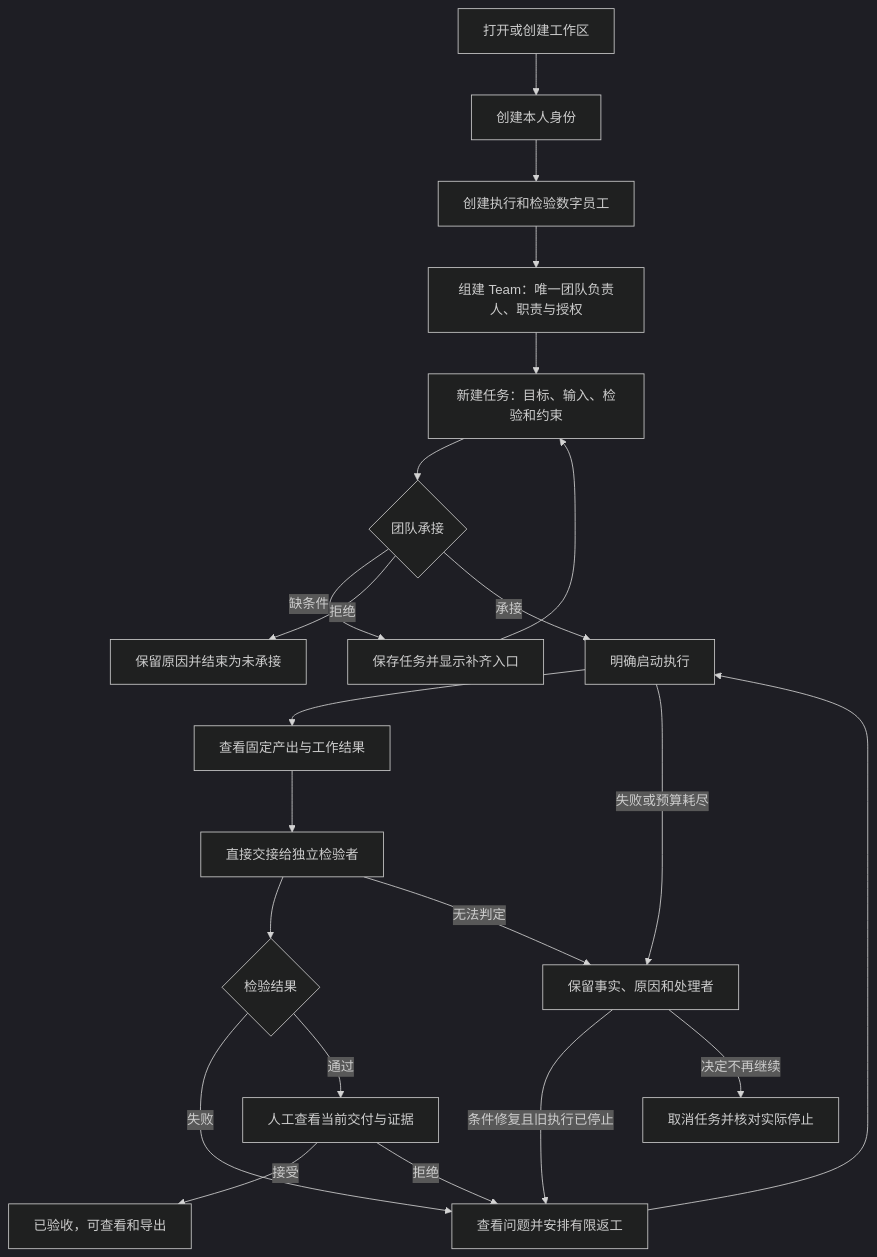
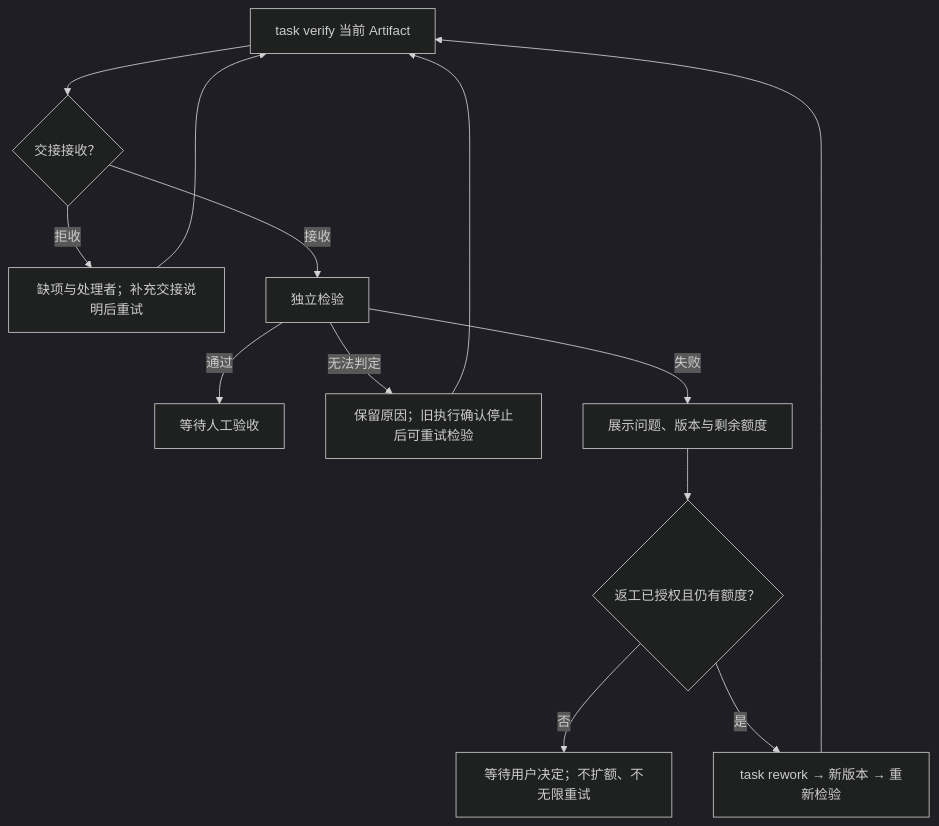
Before and after one commit to xforce-io/atelier: the sixth of 9 diagrams in docs/design/1-first-team-delivery/product.md, drawn with Mermaid (dark theme). The commit also changed other lines of this file and 15 other files, not shown here.

````diff
--- a/docs/design/1-first-team-delivery/product.md
+++ b/docs/design/1-first-team-delivery/product.md
@@ -41,24 +158,15 @@
 ```mermaid
 flowchart TD
-    A[打开或创建工作区] --> B[创建本人身份]
-    B --> C[创建执行和检验数字员工]
-    C --> D[组建 Team：唯一团队负责人、职责与授权]
-    D --> E[新建任务：目标、输入、检验和约束]
-    E --> F{团队承接}
-    F -->|缺条件| G[保存任务并显示补齐入口]
-    G --> E
-    F -->|拒绝| H[保留原因并结束为未承接]
-    F -->|承接| I[明确启动执行]
-    I --> J[查看固定产出与工作结果]
-    J --> K[直接交接给独立检验者]
-    K --> L{检验结果}
-    L -->|失败| M[查看问题并安排有限返工]
-    M --> I
-    L -->|通过| N[人工查看当前交付与证据]
-    N -->|接受| O[已验收，可查看和导出]
-    N -->|拒绝| M
-    I -->|失败或预算耗尽| P[保留事实、原因和处理者]
-    K -->|无法判定| P
-    P -->|条件修复且旧执行已停止| M
-    P -->|决定不再继续| Q[取消任务并核对实际停止]
+    A["task verify 当前 Artifact"] --> B{"交接接收？"}
+    B -->|拒收| C["缺项与处理者；补充交接说明后重试"]
+    C --> A
+    B -->|接收| D["独立检验"]
+    D -->|通过| E["等待人工验收"]
+    D -->|无法判定| F["保留原因；旧执行确认停止后可重试检验"]
+    F --> A
+    D -->|失败| G["展示问题、版本与剩余额度"]
+    G --> H{"返工已授权且仍有额度？"}
+    H -->|否| I["等待用户决定；不扩额、不无限重试"]
+    H -->|是| J["task rework → 新版本 → 重新检验"]
+    J --> A
 ```
````
